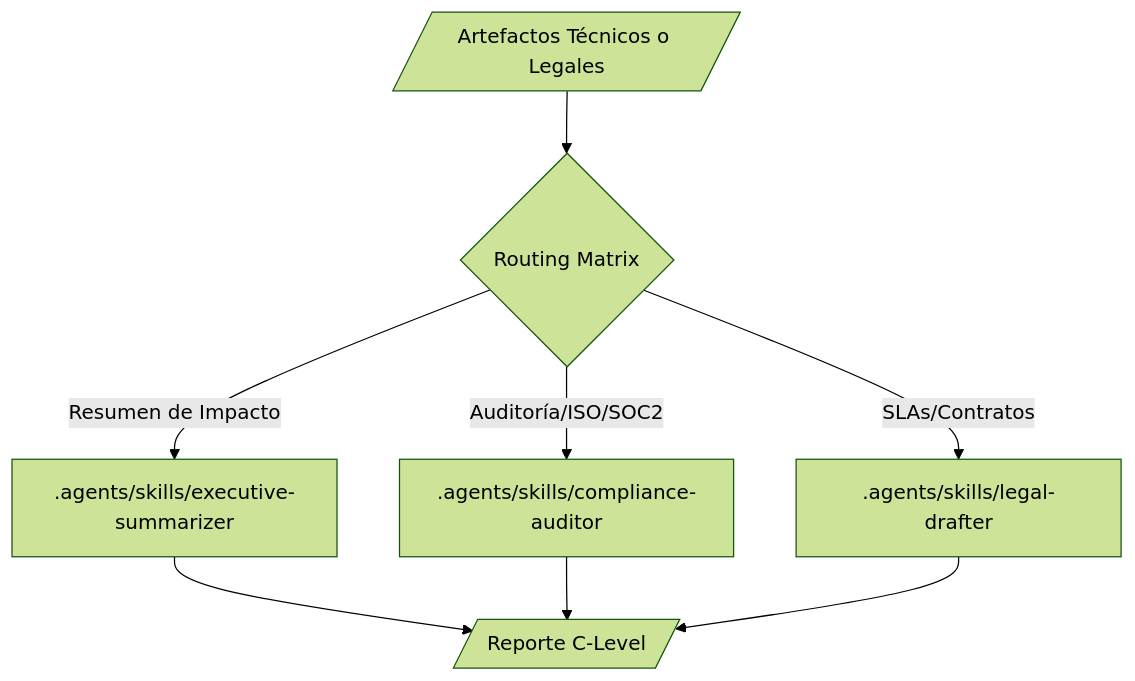
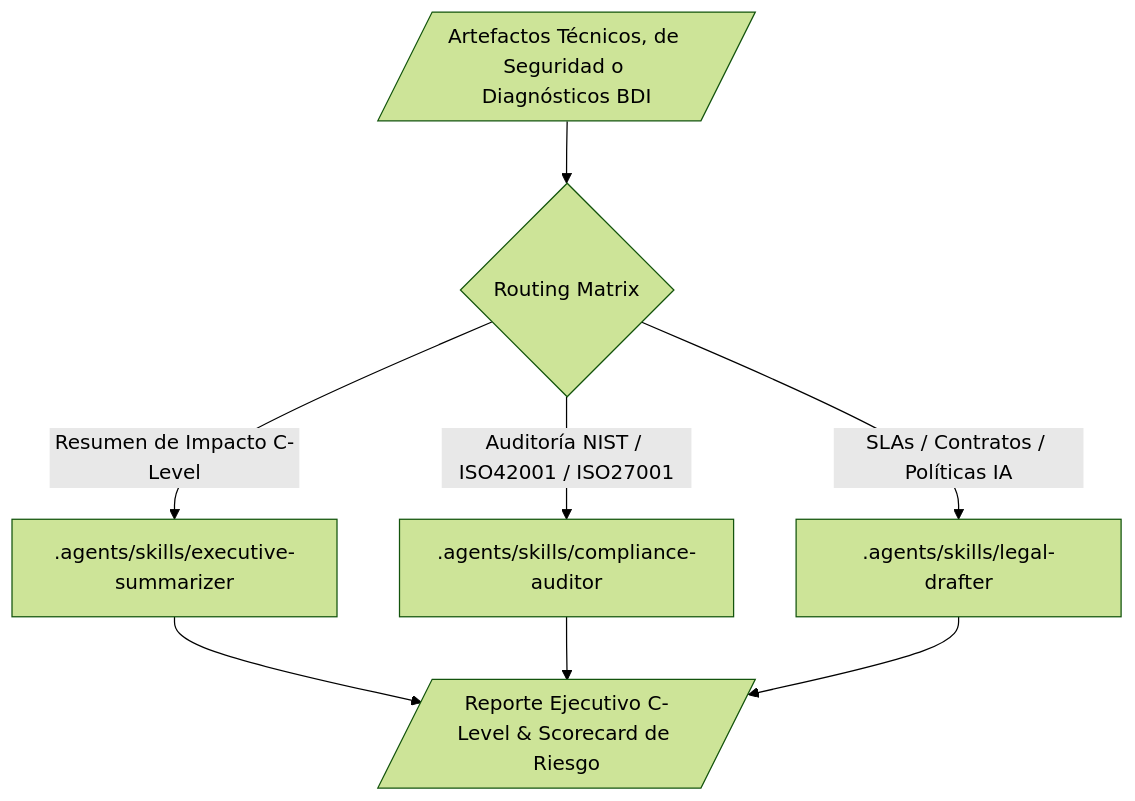
Before and after one commit to Nomackleo/agents-factory: the diagram in agents-factory/docs-as-code-executive-ecosystem/README.md, drawn with Mermaid (forest theme). The commit also changed other lines of this file and 32 other files, not shown here.

First line of the commit message:
feat(core): desacoplamiento de arquitectura projects/ e integracion de estandares NIST CSF 2.0, ISO 42001 e ISO 27001

````diff
--- a/agents-factory/docs-as-code-executive-ecosystem/README.md
+++ b/agents-factory/docs-as-code-executive-ecosystem/README.md
@@ -19,12 +20,12 @@
 ```mermaid
 graph TD
-    Input[/Artefactos Técnicos o Legales/] --> Router{Routing Matrix}
+    Input[/Artefactos Técnicos, de Seguridad o Diagnósticos BDI/] --> Router{Routing Matrix}
     
-    Router --> |Resumen de Impacto| E[.agents/skills/executive-summarizer]
-    Router --> |Auditoría/ISO/SOC2| C[.agents/skills/compliance-auditor]
-    Router --> |SLAs/Contratos| L[.agents/skills/legal-drafter]
+    Router --> |Resumen de Impacto C-Level| E[.agents/skills/executive-summarizer]
+    Router --> |Auditoría NIST / ISO42001 / ISO27001| C[.agents/skills/compliance-auditor]
+    Router --> |SLAs / Contratos / Políticas IA| L[.agents/skills/legal-drafter]
     
-    E --> Output[/Reporte C-Level/]
+    E --> Output[/Reporte Ejecutivo C-Level & Scorecard de Riesgo/]
     C --> Output
     L --> Output
 ```
````
